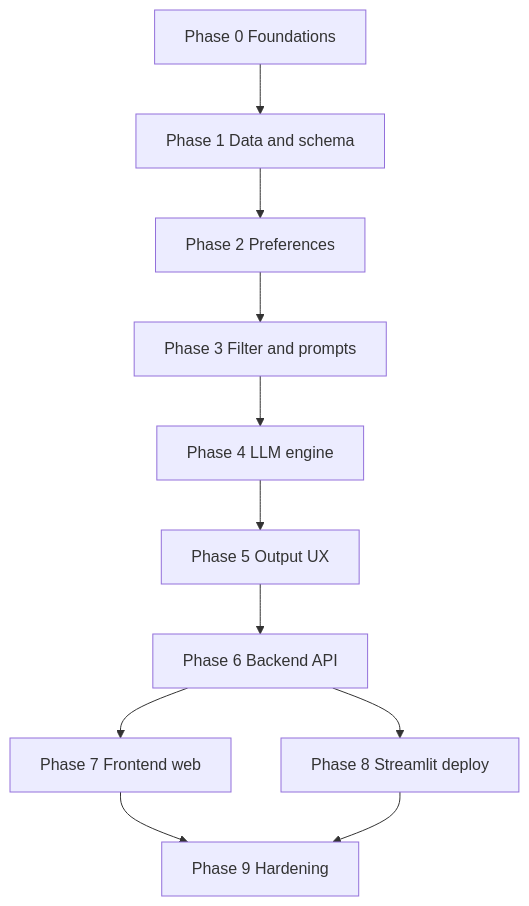
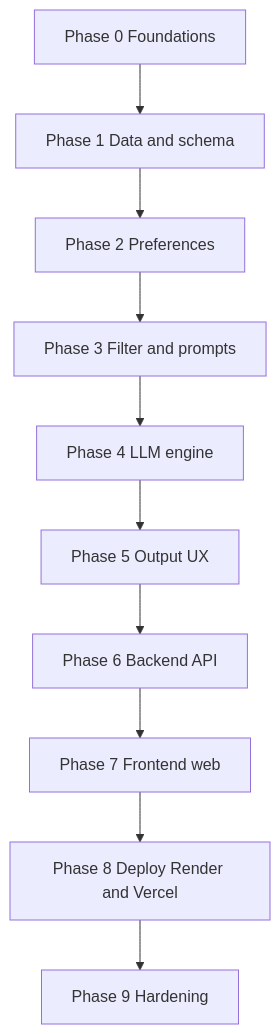
One commit to saksham20189575/m1-zomato changed the second of 4 diagrams in docs/phased-architecture.md. Above: the diagram before and after it, drawn with Mermaid. The commit also changed other lines of this file and 9 other files, not shown here.

````diff
--- a/docs/phased-architecture.md
+++ b/docs/phased-architecture.md
@@ -179,18 +179,17 @@
 ```mermaid
 flowchart TD
   P0[Phase 0 Foundations]
   P1[Phase 1 Data and schema]
   P2[Phase 2 Preferences]
   P3[Phase 3 Filter and prompts]
   P4[Phase 4 LLM engine]
   P5[Phase 5 Output UX]
   P6[Phase 6 Backend API]
   P7[Phase 7 Frontend web]
-  P8[Phase 8 Streamlit deploy]
+  P8[Phase 8 Deploy Render and Vercel]
   P9[Phase 9 Hardening]
   P0 --> P1 --> P2 --> P3 --> P4 --> P5 --> P6
   P6 --> P7
-  P6 --> P8
-  P7 --> P9
+  P7 --> P8
   P8 --> P9
 ```
````
